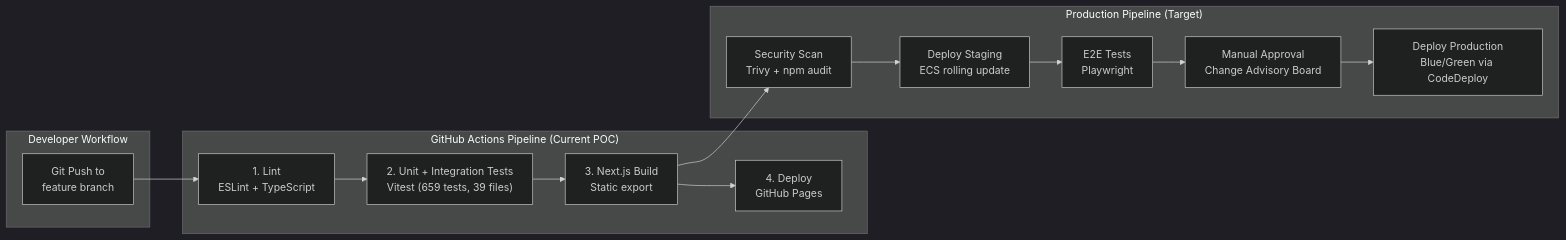
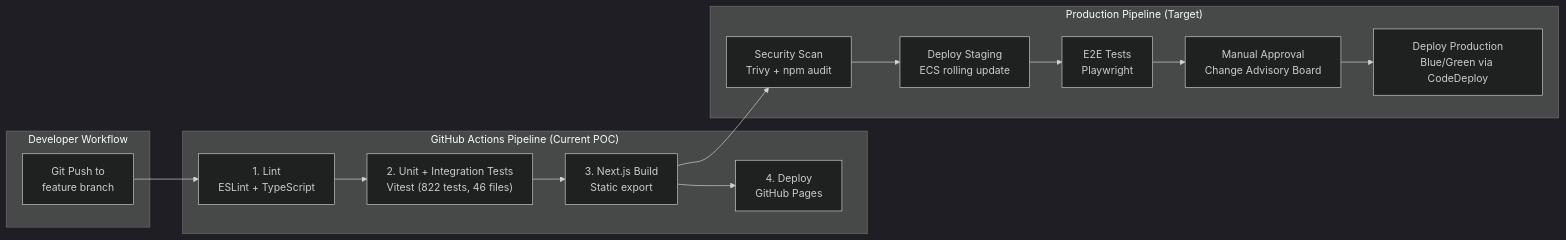
The ninth of 9 diagrams in docs/architecture.md (macleoda-leidos/aib-iaas-poc), drawn with Mermaid (dark theme) before and after one commit. The commit also changed other lines of this file and 11 other files, not shown here.

````diff
--- a/docs/architecture.md
+++ b/docs/architecture.md
@@ -742,24 +742,24 @@
 ```mermaid
 graph LR
     subgraph "Developer Workflow"
         commit["Git Push to<br/>feature branch"]
     end
 
     subgraph "GitHub Actions Pipeline (Current POC)"
         lint["1. Lint<br/>ESLint + TypeScript"]
-        test["2. Unit + Integration Tests<br/>Vitest (659 tests, 39 files)"]
+        test["2. Unit + Integration Tests<br/>Vitest (822 tests, 46 files)"]
         build["3. Next.js Build<br/>Static export"]
         deploy["4. Deploy<br/>GitHub Pages"]
     end
 
     subgraph "Production Pipeline (Target)"
         scan["Security Scan<br/>Trivy + npm audit"]
         staging["Deploy Staging<br/>ECS rolling update"]
         e2e["E2E Tests<br/>Playwright"]
         approve["Manual Approval<br/>Change Advisory Board"]
         prod["Deploy Production<br/>Blue/Green via CodeDeploy"]
     end
 
     commit --> lint --> test --> build --> deploy
     build --> scan --> staging --> e2e --> approve --> prod
 ```
````
